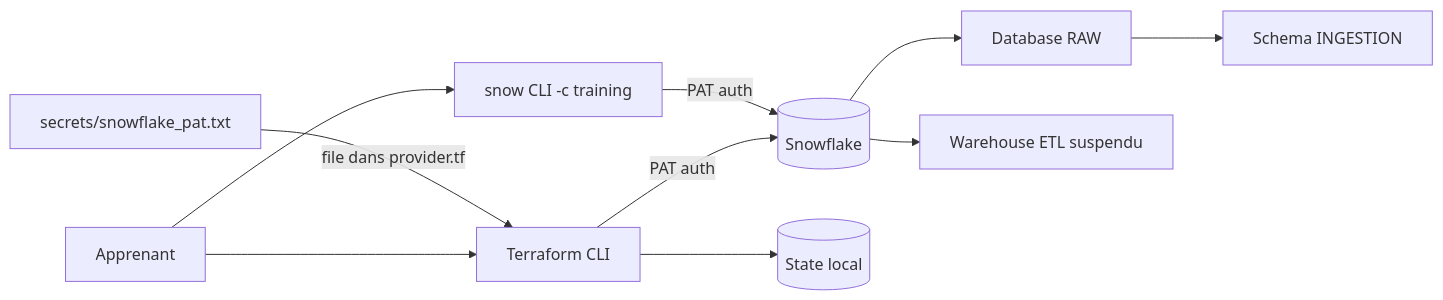
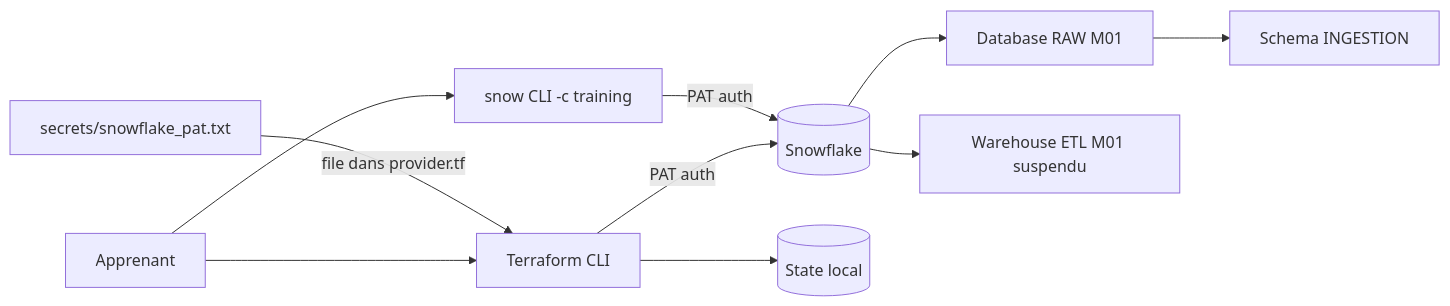
One commit to msellamiTN/Snowflake-terraform changed the diagram in courses/day-01/module-01-iac-workflow/lab.md. Above: the diagram before and after it, drawn with Mermaid. The commit also changed other lines of this file and 169 other files, not shown here.

````diff
--- a/courses/day-01/module-01-iac-workflow/lab.md
+++ b/courses/day-01/module-01-iac-workflow/lab.md
@@ -41,12 +47,12 @@
 ```mermaid
 flowchart LR
     DEV[Apprenant] --> TF[Terraform CLI]
     PAT[secrets/snowflake_pat.txt] -->|file dans provider.tf| TF
     TF -->|PAT auth| SF[(Snowflake)]
     TF --> STATE[(State local)]
     DEV --> CLI[snow CLI -c training]
     CLI -->|PAT auth| SF
-    SF --> DB[Database RAW]
+    SF --> DB[Database RAW M01]
     DB --> SCHEMA[Schema INGESTION]
-    SF --> WH[Warehouse ETL suspendu]
+    SF --> WH[Warehouse ETL M01 suspendu]
 ```
````
